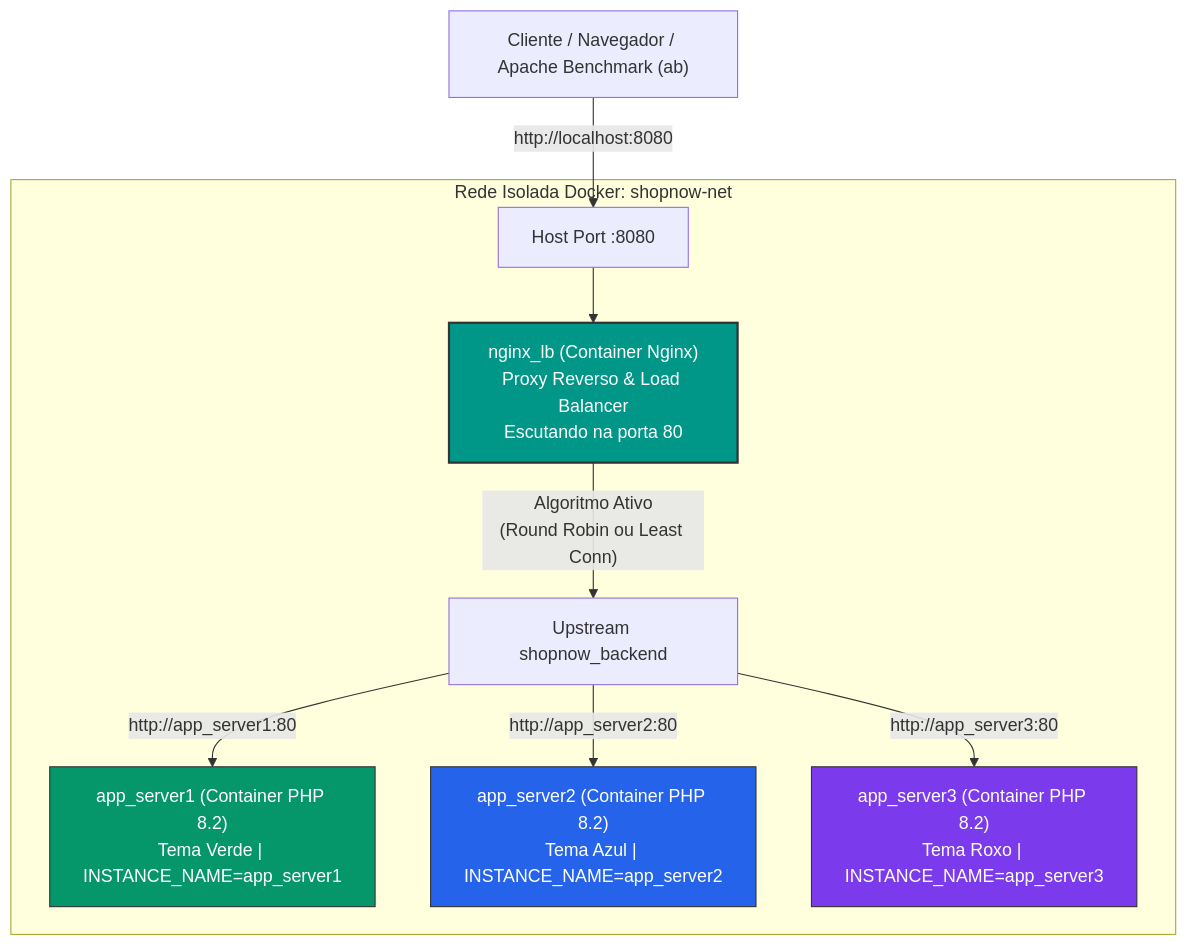
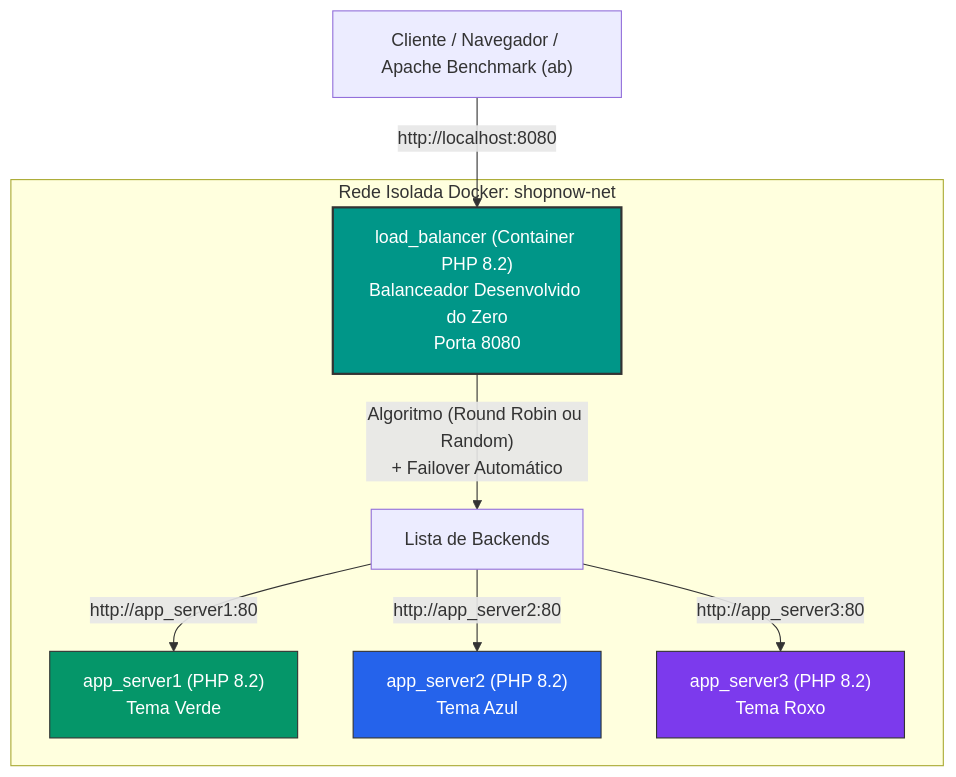
One commit to jpgaliza/tde-4-balanceador-de-carga changed the diagram in README.md. Above: the diagram before and after it, drawn with Mermaid. The commit also changed other lines of this file and 11 other files, not shown here.

Commit message:
feat: implement custom PHP load balancer built from scratch with Round Robin and Random algorithms

````diff
--- a/README.md
+++ b/README.md
@@ -30,19 +24,17 @@
 ```mermaid
 graph TD
-    Client["Cliente / Navegador / Apache Benchmark (ab)"] -->|http://localhost:8080| NginxHost["Host Port :8080"]
+    Client["Cliente / Navegador / Apache Benchmark (ab)"] -->|http://localhost:8080| LB["load_balancer (Container PHP 8.2)<br>Balanceador Desenvolvido do Zero<br>Porta 8080"]
     
     subgraph DockerBridge["Rede Isolada Docker: shopnow-net"]
-        NginxHost --> LB["nginx_lb (Container Nginx)<br>Proxy Reverso & Load Balancer<br>Escutando na porta 80"]
+        LB -->|"Algoritmo (Round Robin ou Random)<br>+ Failover Automático"| Pool["Lista de Backends"]
         
-        LB -->|"Algoritmo Ativo<br>(Round Robin ou Least Conn)"| Pool["Upstream shopnow_backend"]
-        
-        Pool -->|http://app_server1:80| S1["app_server1 (Container PHP 8.2)<br>Tema Verde | INSTANCE_NAME=app_server1"]
-        Pool -->|http://app_server2:80| S2["app_server2 (Container PHP 8.2)<br>Tema Azul | INSTANCE_NAME=app_server2"]
-        Pool -->|http://app_server3:80| S3["app_server3 (Container PHP 8.2)<br>Tema Roxo | INSTANCE_NAME=app_server3"]
+        Pool -->|http://app_server1:80| S1["app_server1 (PHP 8.2)<br>Tema Verde"]
+        Pool -->|http://app_server2:80| S2["app_server2 (PHP 8.2)<br>Tema Azul"]
+        Pool -->|http://app_server3:80| S3["app_server3 (PHP 8.2)<br>Tema Roxo"]
     end
 
     style LB fill:#009688,stroke:#333,stroke-width:2px,color:#fff
     style S1 fill:#059669,stroke:#333,stroke-width:1px,color:#fff
     style S2 fill:#2563eb,stroke:#333,stroke-width:1px,color:#fff
     style S3 fill:#7c3aed,stroke:#333,stroke-width:1px,color:#fff
 ```
````
